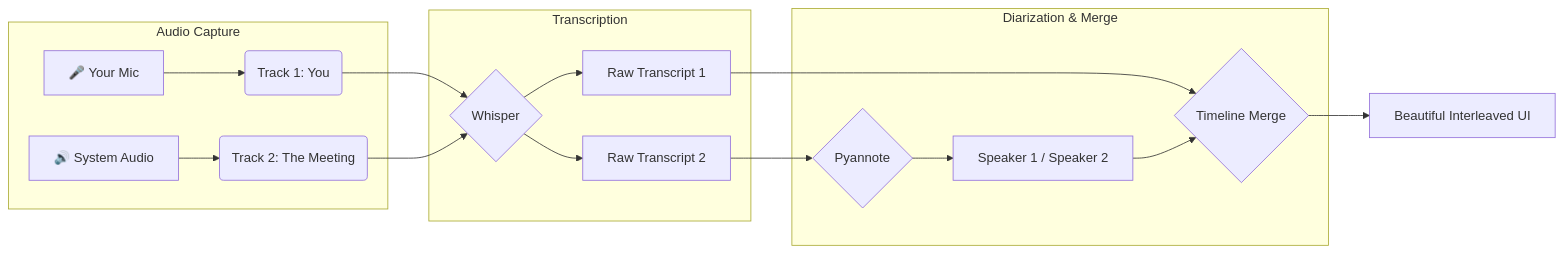
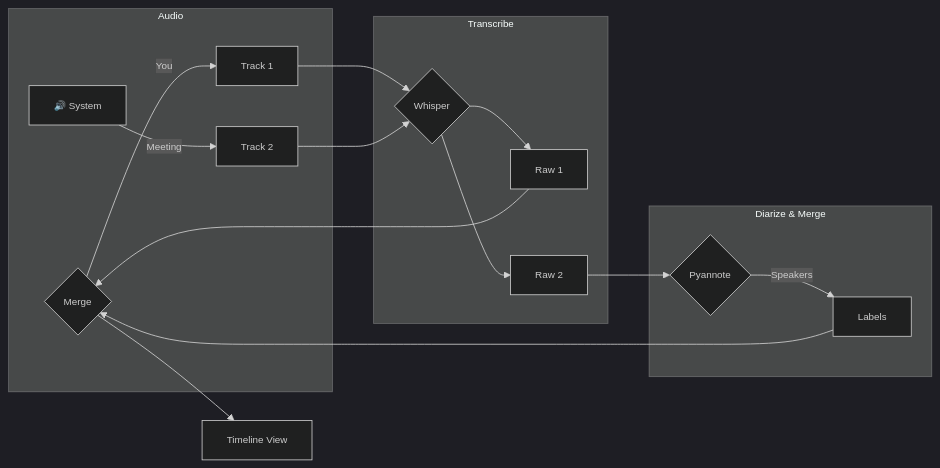
One commit to namefailed/phoneme changed the diagram in docs/user-guide/meeting_mode.md. Above: the diagram before and after it, drawn with Mermaid. The commit also changed 3 other files, not shown here.

First line of the commit message:
docs: make all mermaid diagrams smaller and more beautiful

````diff
--- a/docs/user-guide/meeting_mode.md
+++ b/docs/user-guide/meeting_mode.md
@@ -23,23 +23,24 @@
 ```mermaid
+%%{init: {'flowchart': {'curve': 'basis', 'useMaxWidth': false}, 'theme': 'dark', 'themeVariables': { 'fontSize': '12px' }}}%%
 flowchart LR
-    subgraph Audio Capture
-        A[🎤 Your Mic] --> C(Track 1: You)
-        B[🔊 System Audio] --> D(Track 2: The Meeting)
+    subgraph A [Audio]
+        M[🎤 Mic] -->|You| T1[Track 1]
+        S[🔊 System] -->|Meeting| T2[Track 2]
     end
     
-    subgraph Transcription
-        C --> E{Whisper}
-        D --> E
-        E --> F[Raw Transcript 1]
-        E --> G[Raw Transcript 2]
+    subgraph X [Transcribe]
+        T1 --> W{Whisper}
+        T2 --> W
+        W --> R1[Raw 1]
+        W --> R2[Raw 2]
     end
     
-    subgraph Diarization & Merge
-        G --> H{Pyannote}
-        H --> I[Speaker 1 / Speaker 2]
-        F --> J{Timeline Merge}
-        I --> J
+    subgraph D [Diarize & Merge]
+        R2 --> P{Pyannote}
+        P -->|Speakers| L[Labels]
+        R1 --> M{Merge}
+        L --> M
     end
     
-    J --> K[Beautiful Interleaved UI]
+    M --> V[Timeline View]
 ```
````
